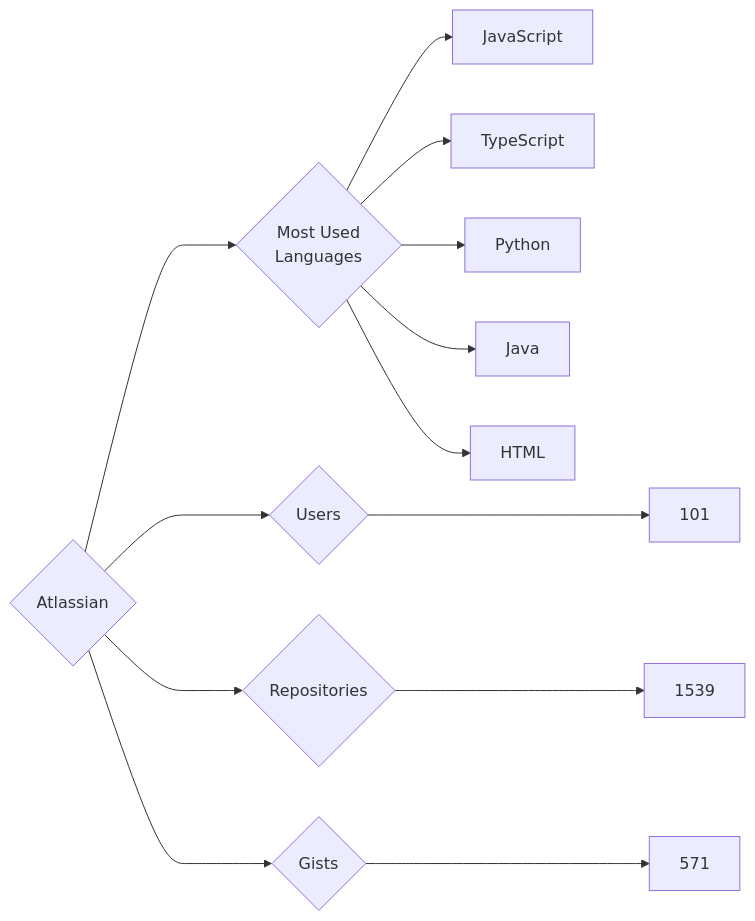
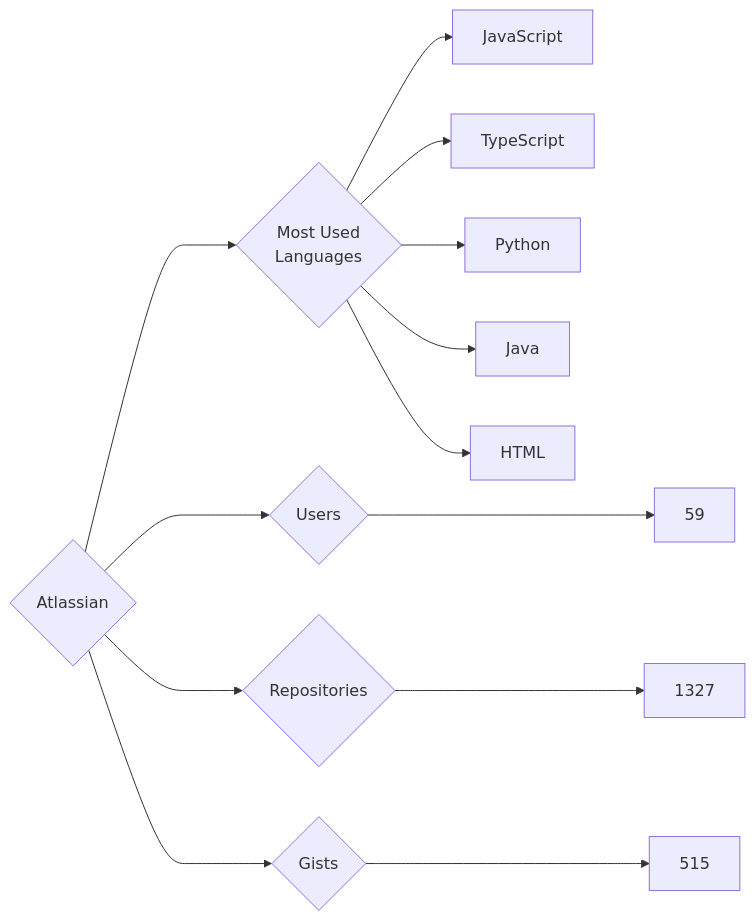
Before and after one commit to trickest/insiders: the diagram in targets/Atlassian/README.md, drawn with Mermaid. The commit also changed 914 other files, not shown here.

````diff
--- a/targets/Atlassian/README.md
+++ b/targets/Atlassian/README.md
@@ -3,13 +3,13 @@
 ```mermaid
 graph LR
 COMPANY_NAME{Atlassian}
-COMPANY_NAME ---> U{Users} ---> UN[101]
-COMPANY_NAME ---> R{Repositories} ---> RN[1539]
-COMPANY_NAME ---> G{Gists} ---> GN[571]
+COMPANY_NAME ---> U{Users} ---> UN[59]
+COMPANY_NAME ---> R{Repositories} ---> RN[1327]
+COMPANY_NAME ---> G{Gists} ---> GN[515]
 COMPANY_NAME ---> ML{Most Used<br>Languages}
 ML --> JavaScript[JavaScript]
 ML --> TypeScript[TypeScript]
 ML --> Python[Python]
 ML --> Java[Java]
 ML --> HTML[HTML]
 ```
````
